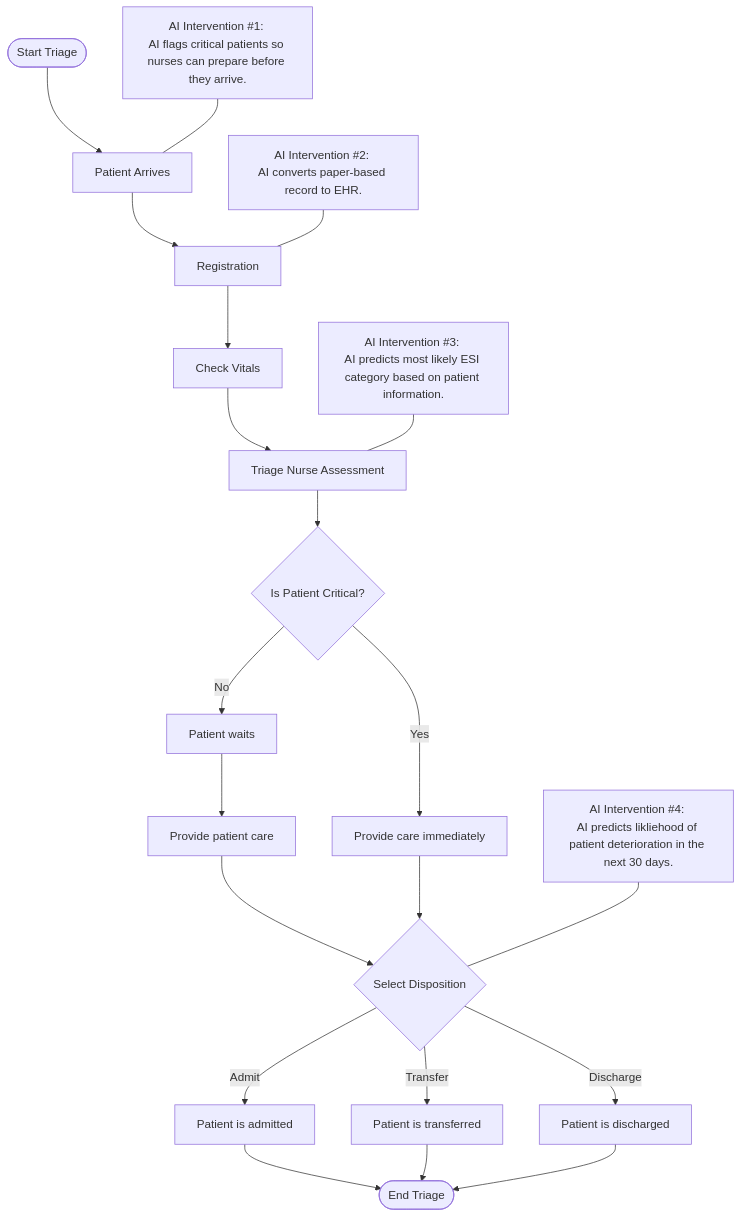
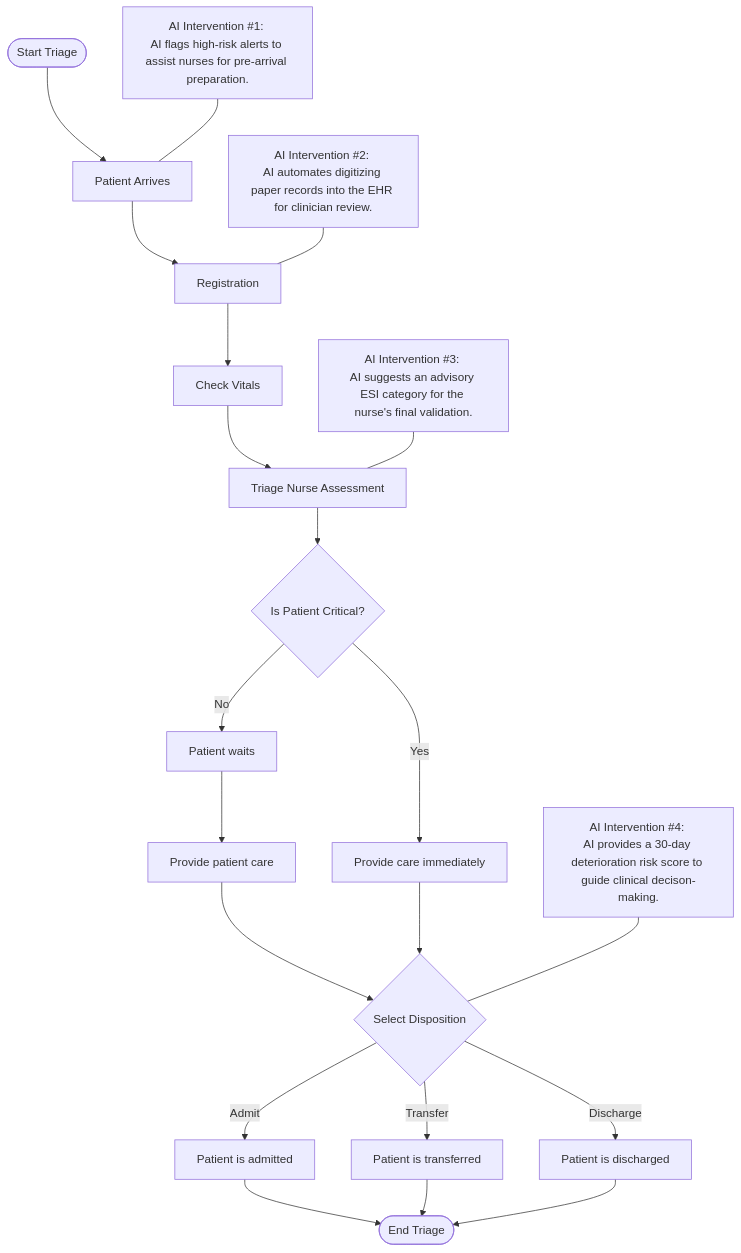
Before and after one commit to RhysBrown-EEng/carisurg-portfolio: the diagram in docs/week-3/triage-flow.md, drawn with Mermaid. The commit also changed 1 other file, not shown here.

Commit message:
updated the triage workflow diagrams

````diff
--- a/docs/week-3/triage-flow.md
+++ b/docs/week-3/triage-flow.md
@@ -1,35 +1,35 @@
 ```mermaid
 flowchart TB
     start([Start Triage]) --> a[Patient Arrives]
     a --> b[Registration]
     b --> d[Check Vitals]
     d --> e[Triage Nurse Assessment]
     e --> f{Is Patient Critical?}
     f --> |Yes| g[Provide care immediately]
     f --> |No| h[Patient waits]
     h --> i[Provide patient care]
     j{Select Disposition}
     i --> j
     g --> j
 
     j --> |Admit| k[Patient is admitted]
     j --> |Transfer| l[Patient is transferred]
     j --> |Discharge| m[Patient is discharged]
     finish([End Triage])
 
     k --> finish
     l --> finish
     m --> finish
 
-    ai_1[AI Intervention #1: <br>AI flags critical patients so nurses can prepare before they arrive. ]
+    ai_1[AI Intervention #1: <br>AI flags high-risk alerts to assist nurses for pre-arrival preparation. ]
     ai_1 --- a
 
-    ai_2[AI Intervention #2: <br>AI converts paper-based record to EHR. ]
+    ai_2[AI Intervention #2: <br>AI automates digitizing paper records into the EHR for clinician review. ]
     ai_2 --- b
 
-    ai_3[AI Intervention #3: <br>AI predicts most likely ESI category based on patient information.]
+    ai_3[AI Intervention #3: <br>AI suggests an advisory ESI category for the nurse's final validation.]
     ai_3 --- e
 
-    ai_4[AI Intervention #4: <br>AI predicts likliehood of patient deterioration in the next 30 days.]
-    ai_4 --- j
+    ai_4[AI Intervention #4: <br>AI provides a 30-day deterioration risk score to guide clinical decison-making.]
+    ai_4 --- j  
 ```
````
